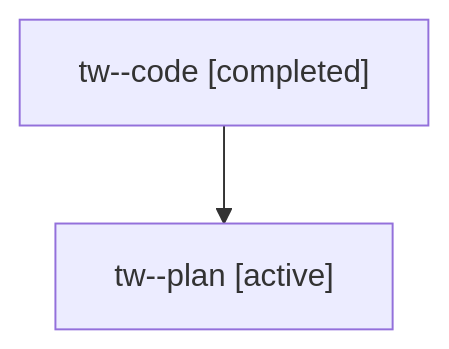
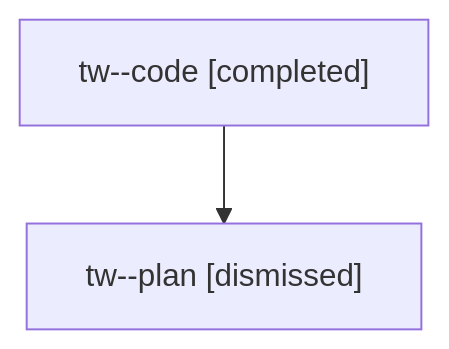
One commit to sase-org/sase--agents changed the diagram in sessions/bbugyi200.athena.tw.md. Above: the diagram before and after it, drawn with Mermaid. The commit also changed other lines of this file and 24 other files, not shown here.

````diff
--- a/sessions/bbugyi200.athena.tw.md
+++ b/sessions/bbugyi200.athena.tw.md
@@ -9,6 +9,6 @@
 ```mermaid
 flowchart TD
   n0["tw--code [completed]"]
-  n1["tw--plan [active]"]
+  n1["tw--plan [dismissed]"]
   n0 --> n1
 ```
````
